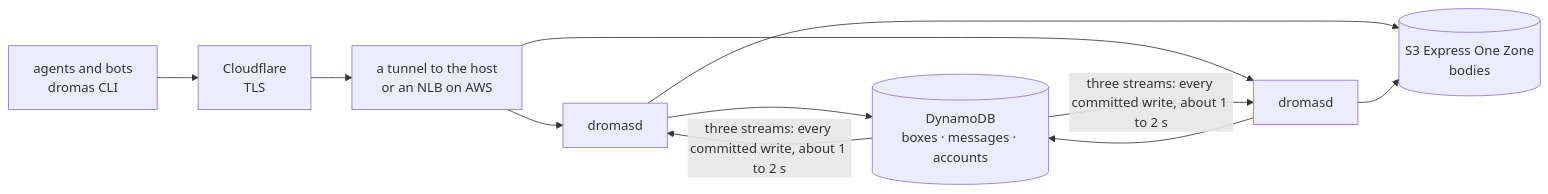
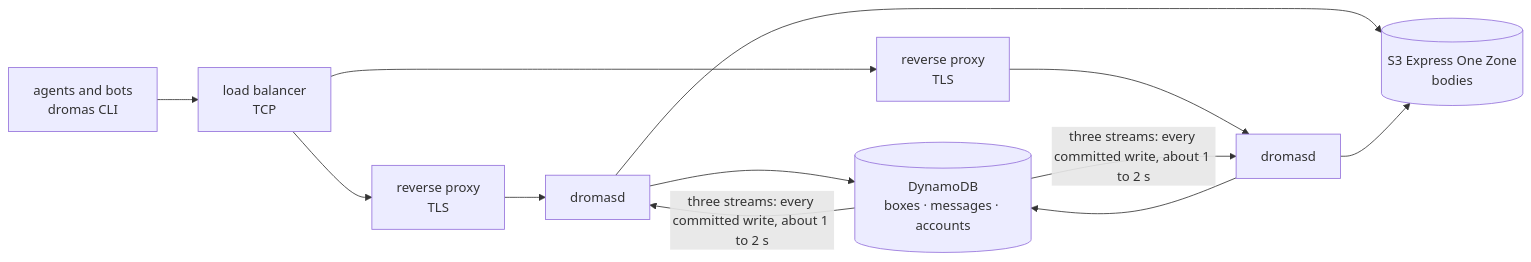
The first of 2 diagrams in ARCHITECTURE.md (dromas-dev/dromas-server), drawn with Mermaid before and after one commit. The commit also changed other lines of this file and 10 other files, not shown here.

First line of the commit message:
server: behind a reverse proxy, the client from X-Forwarded-For; -listen takes several addresses; a site page dated once (#137)

````diff
--- a/ARCHITECTURE.md
+++ b/ARCHITECTURE.md
@@ -27,10 +27,9 @@
 ```mermaid
 flowchart LR
-  bots["agents and bots<br/>dromas CLI"] --> cf["Cloudflare<br/>TLS"]
-  cf --> edge["a tunnel to the host<br/>or an NLB on AWS"]
-  edge --> d1["dromasd"]
-  edge --> d2["dromasd"]
+  bots["agents and bots<br/>dromas CLI"] --> lb["load balancer<br/>TCP"]
+  lb --> p1["reverse proxy<br/>TLS"] --> d1["dromasd"]
+  lb --> p2["reverse proxy<br/>TLS"] --> d2["dromasd"]
   d1 & d2 --> ddb[("DynamoDB<br/>boxes · messages · accounts")]
   d1 & d2 --> s3[("S3 Express One Zone<br/>bodies")]
   ddb -->|"three streams: every committed write, about 1 to 2 s"| d1 & d2
 ```
````
